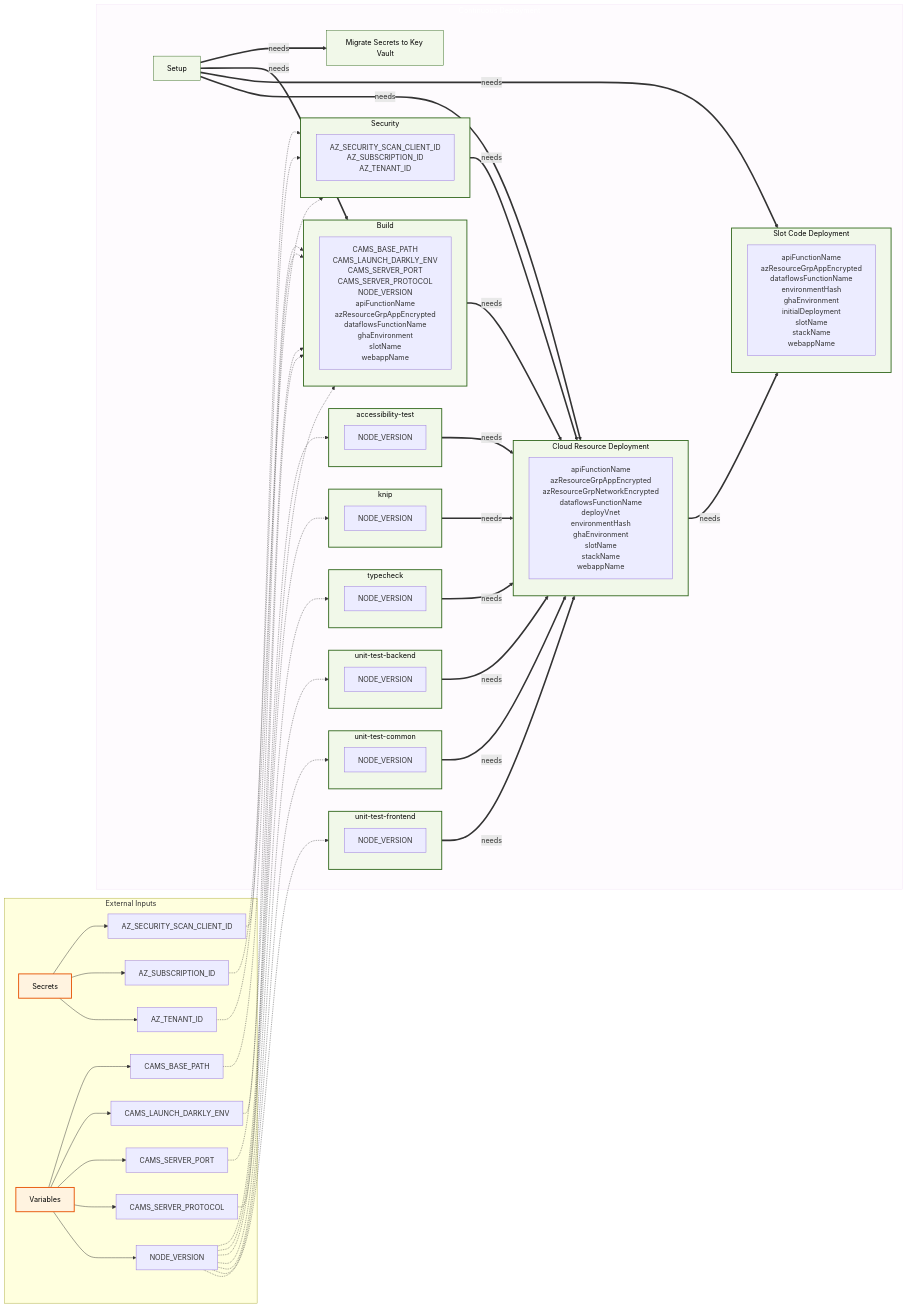
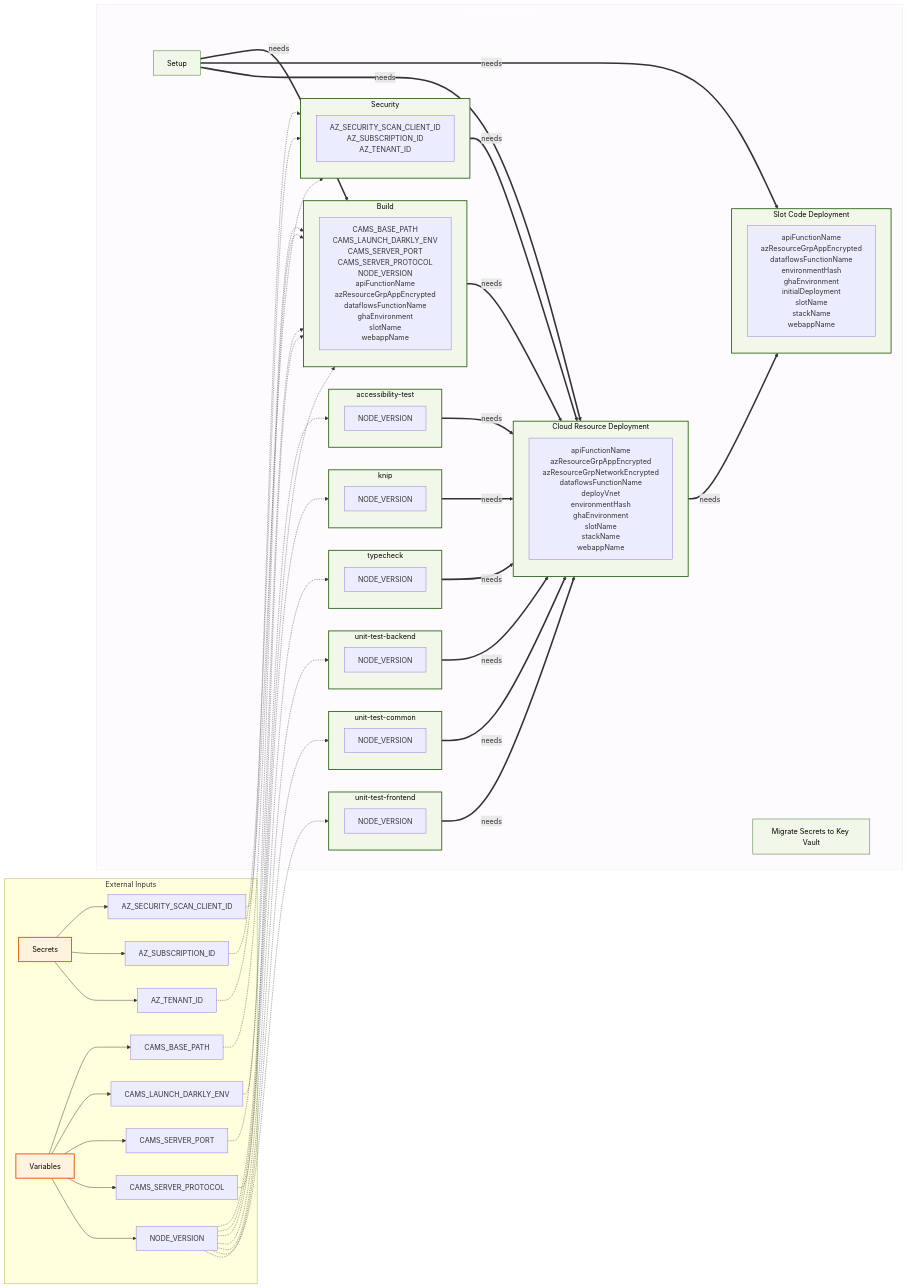
The eighth of 25 diagrams in docs/operations/workflow-diagram.md (US-Trustee-Program/Bankruptcy-Oversight-Support-Systems), drawn with Mermaid before and after one commit. The commit also changed other lines of this file and 1 other file, not shown here.

Commit message:
Remove setup dependency from migration job
Migration job now runs independently of setup so it
can succeed even while the OIDC setup job is still failing.
Environment and KV name derived directly from github.ref.

Jira ticket: CAMS-760

```diff
--- a/docs/operations/workflow-diagram.md
+++ b/docs/operations/workflow-diagram.md
@@ -404,7 +404,6 @@
     setup ==>|"needs"| build_subgraph
     setup ==>|"needs"| deploy_code_slot_subgraph
     setup ==>|"needs"| deploy_subgraph
-    setup ==>|"needs"| migrate_secrets_to_keyvault
     typecheck_subgraph ==>|"needs"| deploy_subgraph
     unit_test_backend_subgraph ==>|"needs"| deploy_subgraph
     unit_test_common_subgraph ==>|"needs"| deploy_subgraph
```
